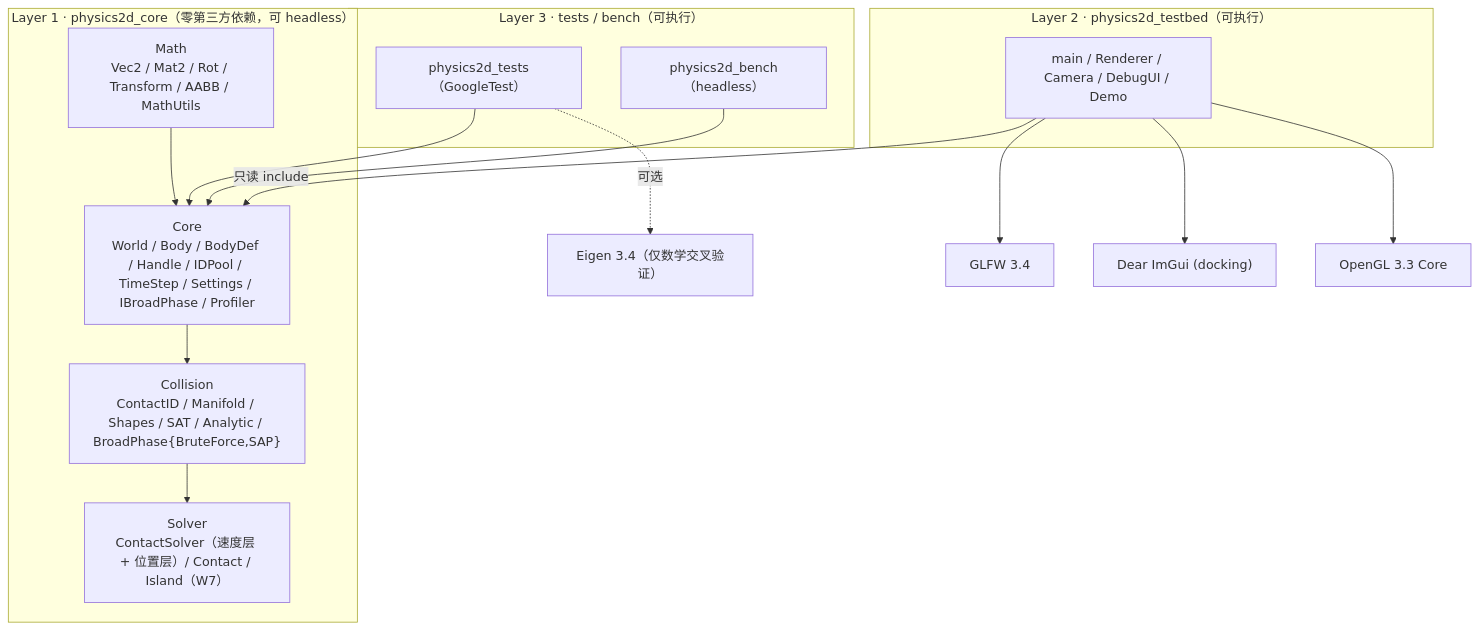
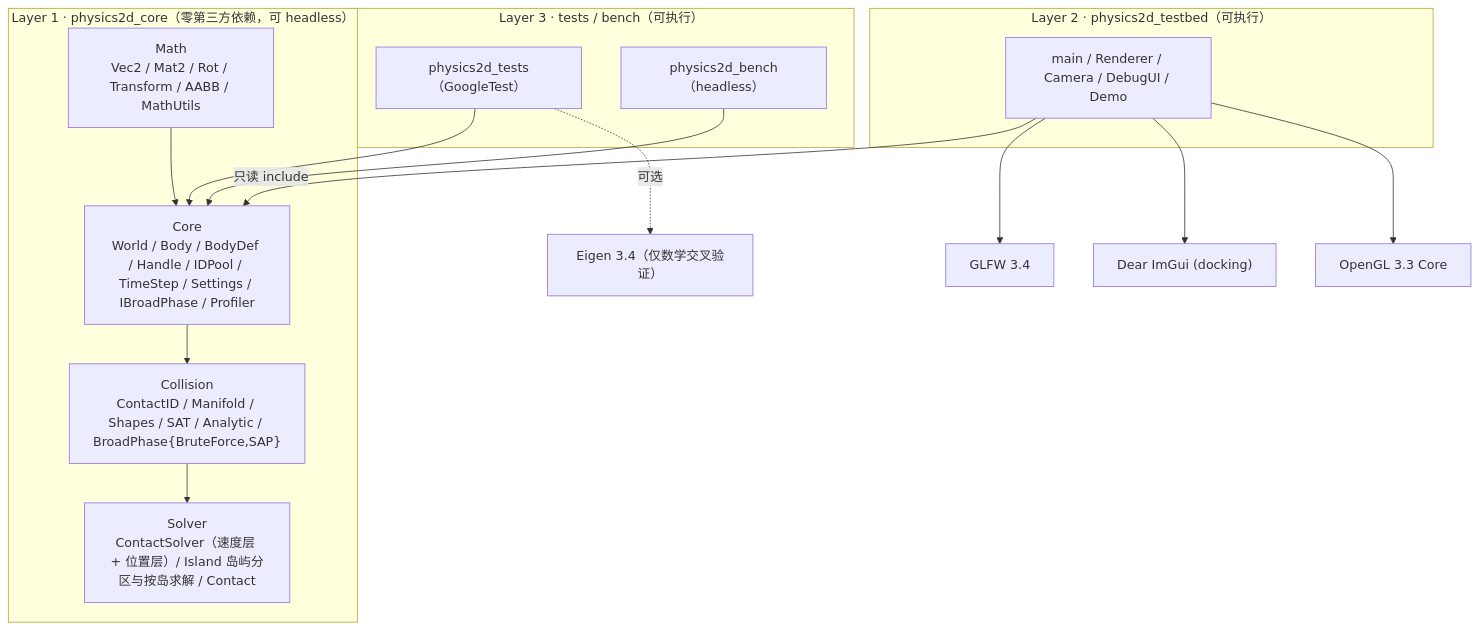
One commit to baisctong/Physics2D changed the first of 5 diagrams in docs/architecture.md. Above: the diagram before and after it, drawn with Mermaid. The commit also changed other lines of this file and 7 other files, not shown here.

````diff
--- a/docs/architecture.md
+++ b/docs/architecture.md
@@ -8,29 +8,29 @@
 ```mermaid
 flowchart TD
     subgraph Layer1["Layer 1 · physics2d_core（零第三方依赖，可 headless）"]
         Math["Math<br/>Vec2 / Mat2 / Rot / Transform / AABB / MathUtils"]
         Core["Core<br/>World / Body / BodyDef / Handle / IDPool / TimeStep / Settings / IBroadPhase / Profiler"]
         Collision["Collision<br/>ContactID / Manifold / Shapes / SAT / Analytic / BroadPhase{BruteForce,SAP}"]
-        Solver["Solver<br/>ContactSolver（速度层 + 位置层）/ Contact / Island（W7）"]
+        Solver["Solver<br/>ContactSolver（速度层 + 位置层）/ Island 岛屿分区与按岛求解 / Contact"]
         Math --> Core
         Core --> Collision
         Collision --> Solver
     end
 
     subgraph Layer2["Layer 2 · physics2d_testbed（可执行）"]
         TB["main / Renderer / Camera / DebugUI / Demo"]
     end
 
     subgraph Layer3["Layer 3 · tests / bench（可执行）"]
         T["physics2d_tests（GoogleTest）"]
         B["physics2d_bench（headless）"]
     end
 
     TB -->|只读 include| Core
     TB --> GLFW["GLFW 3.4"]
     TB --> ImGui["Dear ImGui (docking)"]
     TB --> GL["OpenGL 3.3 Core"]
     T --> Core
     B --> Core
     T -. 可选 .-> Eigen["Eigen 3.4（仅数学交叉验证）"]
 ```
````
